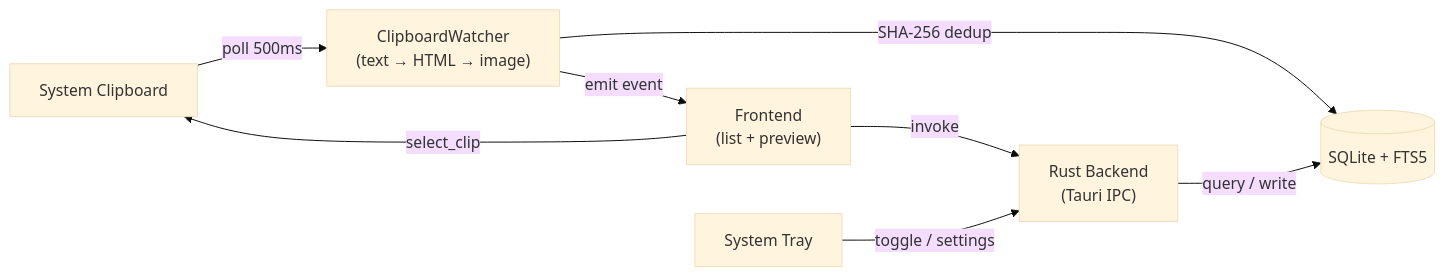
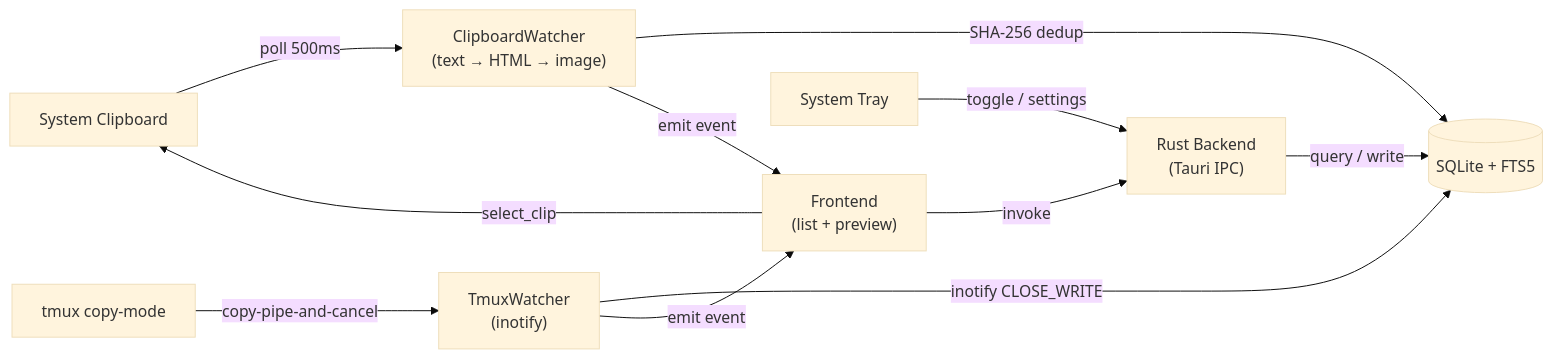
One commit to 51hhh/Clippy changed the diagram in README.md. Above: the diagram before and after it, drawn with Mermaid (base theme). The commit also changed other lines of this file and 17 other files, not shown here.

First line of the commit message:
feat: tmux copy-pipe-and-cancel + inotify watcher (v0.1.14)

````diff
--- a/README.md
+++ b/README.md
@@ -117,17 +118,22 @@
 ```mermaid
 flowchart LR
     CB["System Clipboard"]
     CW["ClipboardWatcher\n(text → HTML → image)"]
     DB[("SQLite + FTS5")]
     BE["Rust Backend\n(Tauri IPC)"]
     FE["Frontend\n(list + preview)"]
     TRAY["System Tray"]
+    TMUX["tmux copy-mode"]
+    TW["TmuxWatcher\n(inotify)"]
 
     CB -- "poll 500ms" --> CW
     CW -- "SHA-256 dedup" --> DB
     CW -- "emit event" --> FE
+    TMUX -- "copy-pipe-and-cancel" --> TW
+    TW -- "inotify CLOSE_WRITE" --> DB
+    TW -- "emit event" --> FE
     FE -- "invoke" --> BE
     BE -- "query / write" --> DB
     TRAY -- "toggle / settings" --> BE
     FE -- "select_clip" --> CB
 ```
````
